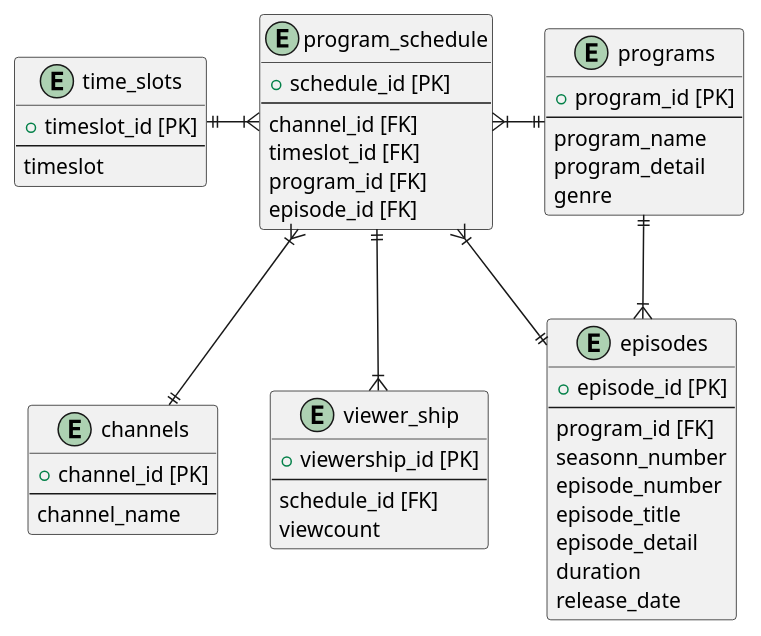
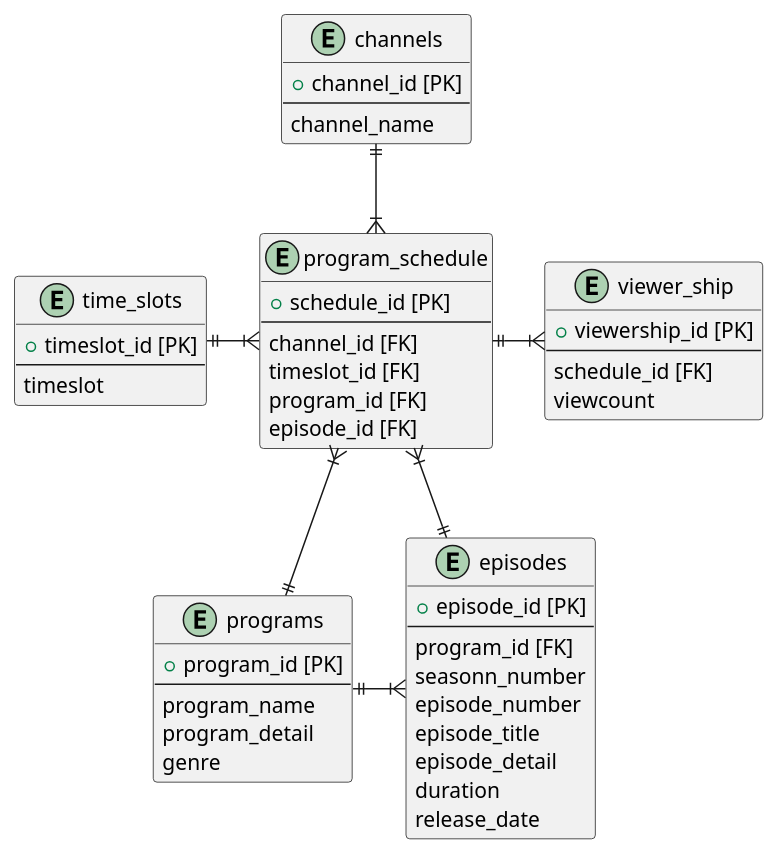
Before and after one commit to nobu1611/Apprentice_log: the diagram in week5-6/Quest/submission_quest/er.pu, drawn with PlantUML. The commit also changed 2 other files, not shown here.

```diff
--- a/week5-6/Quest/submission_quest/er.pu
+++ b/week5-6/Quest/submission_quest/er.pu
@@ -1,59 +1,59 @@
 @startuml
 
 entity "channels" as e01 {
 + channel_id [PK]
 --
   channel_name
 }
 
 entity "time_slots" as e02 {
 + timeslot_id [PK]
 --
   timeslot
 }
 
 entity "programs" as e03 {
 + program_id [PK]
 --
   program_name
   program_detail
   genre
 }
 
 entity "episodes" as e04 {
 + episode_id [PK]
 --
   program_id [FK]
   seasonn_number
   episode_number
   episode_title
   episode_detail
   duration
   release_date
 }
 
 entity "program_schedule" as e05 {
 + schedule_id [PK]
 --
   channel_id [FK]
   timeslot_id [FK]
   program_id [FK]
   episode_id [FK]
 }
 
 entity "viewer_ship" as e06 {
 +  viewership_id [PK]
 --
   schedule_id [FK]
   viewcount
 }
 
 e03 ||-|{ e04
 e03 ||-l-|{ e05
-e05 ||-d-|{ e06
-e01 ||-u-|{ e05
+e05 ||-r-|{ e06
+e01 ||-d-|{ e05
 e02 ||-|{ e05
 e04 ||-d-|{e05
 
 
 @enduml
```
